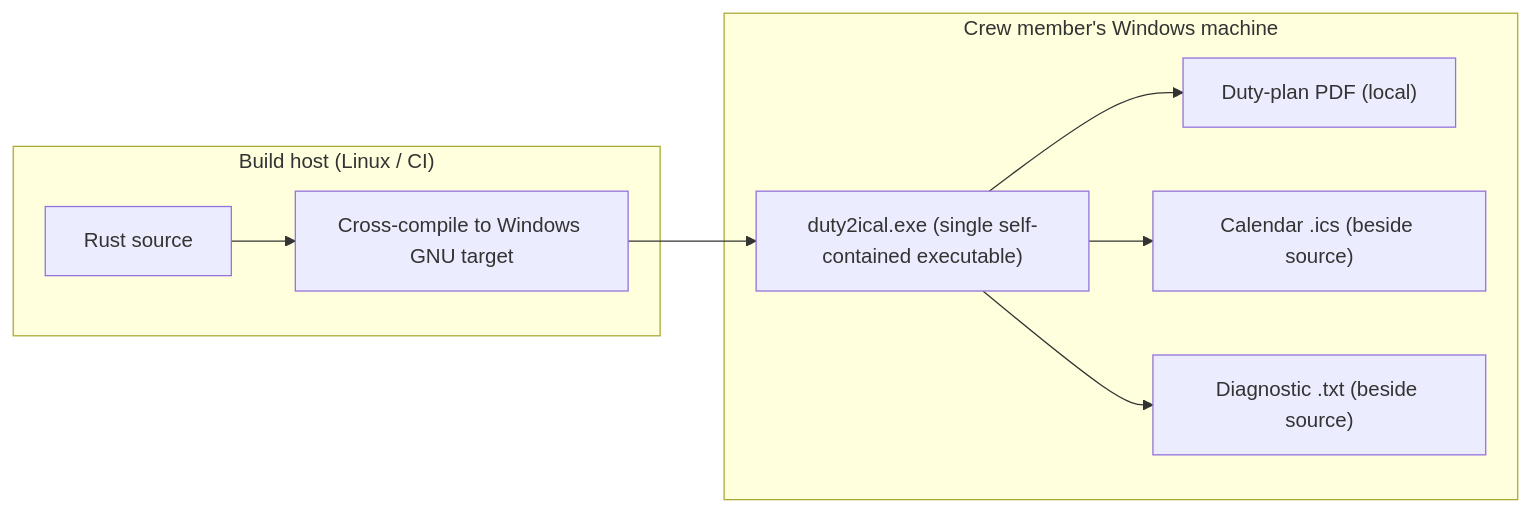
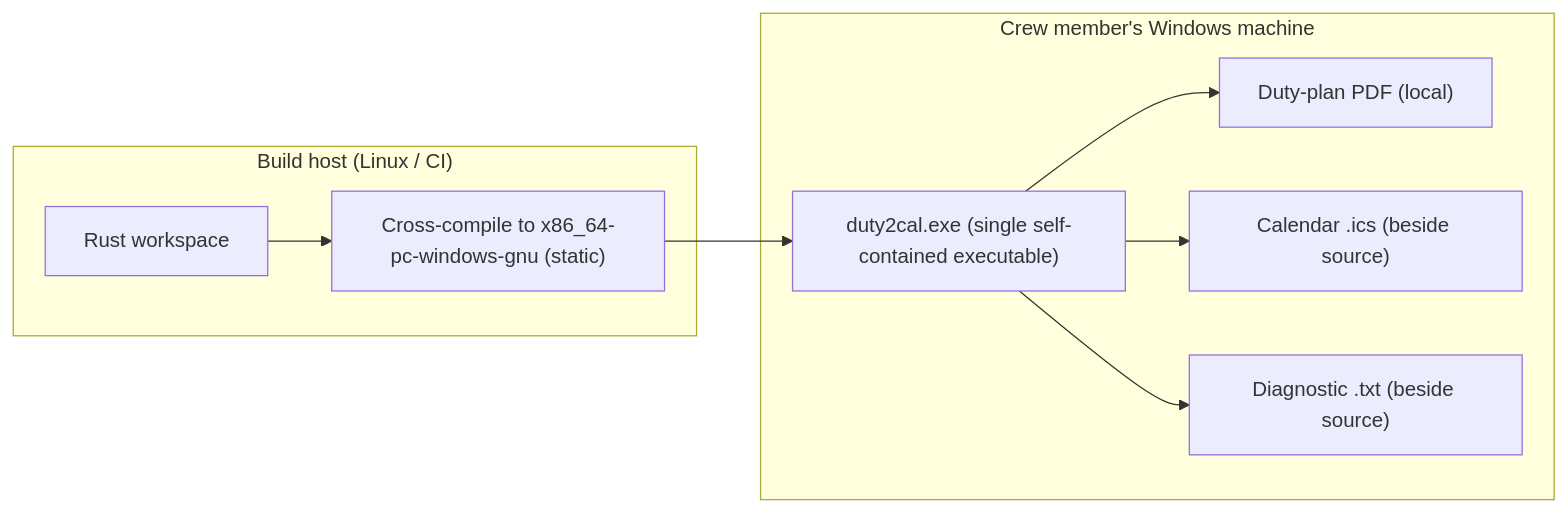
Before and after one commit to duty2cal/duty2cal: the diagram in docs/arc42/07-deployment-view.md, drawn with Mermaid. The commit also changed other lines of this file and 49 other files, not shown here.

````diff
--- a/docs/arc42/07-deployment-view.md
+++ b/docs/arc42/07-deployment-view.md
@@ -7,12 +7,12 @@
 ```mermaid
 flowchart LR
   subgraph Dev["Build host (Linux / CI)"]
-    src["Rust source"] --> cross["Cross-compile to Windows GNU target"]
+    src["Rust workspace"] --> cross["Cross-compile to x86_64-pc-windows-gnu (static)"]
   end
-  cross --> exe["duty2ical.exe (single self-contained executable)"]
+  cross --> exe["duty2cal.exe (single self-contained executable)"]
   subgraph Win["Crew member's Windows machine"]
     exe --> inpdf["Duty-plan PDF (local)"]
     exe --> outics["Calendar .ics (beside source)"]
     exe --> outdiag["Diagnostic .txt (beside source)"]
   end
 ```
````
